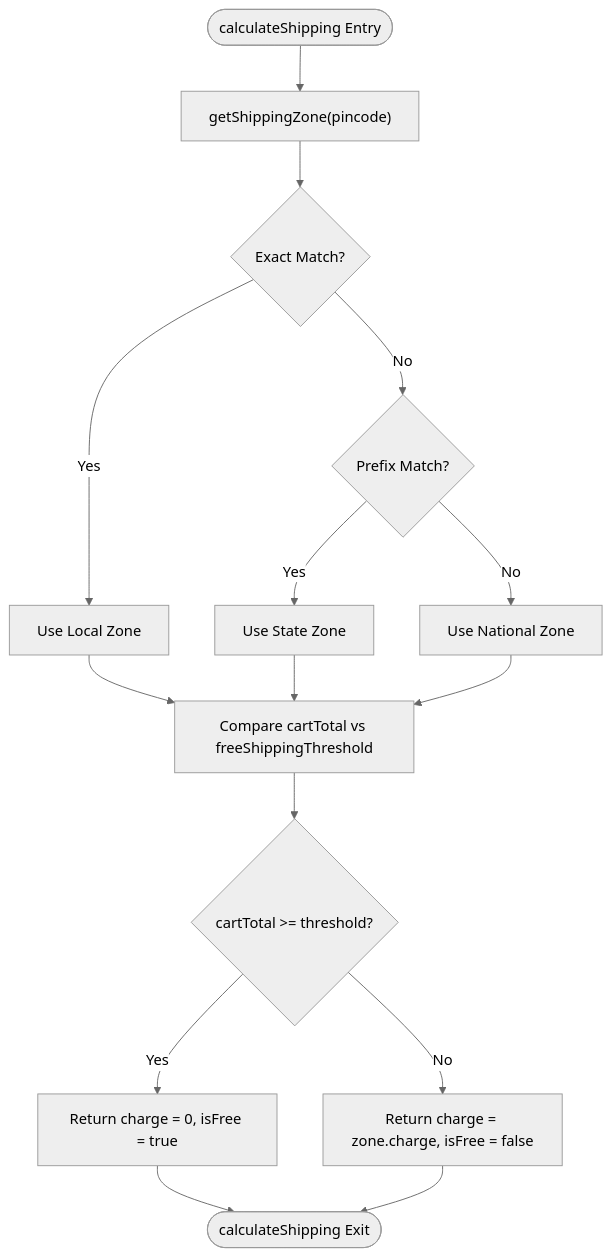
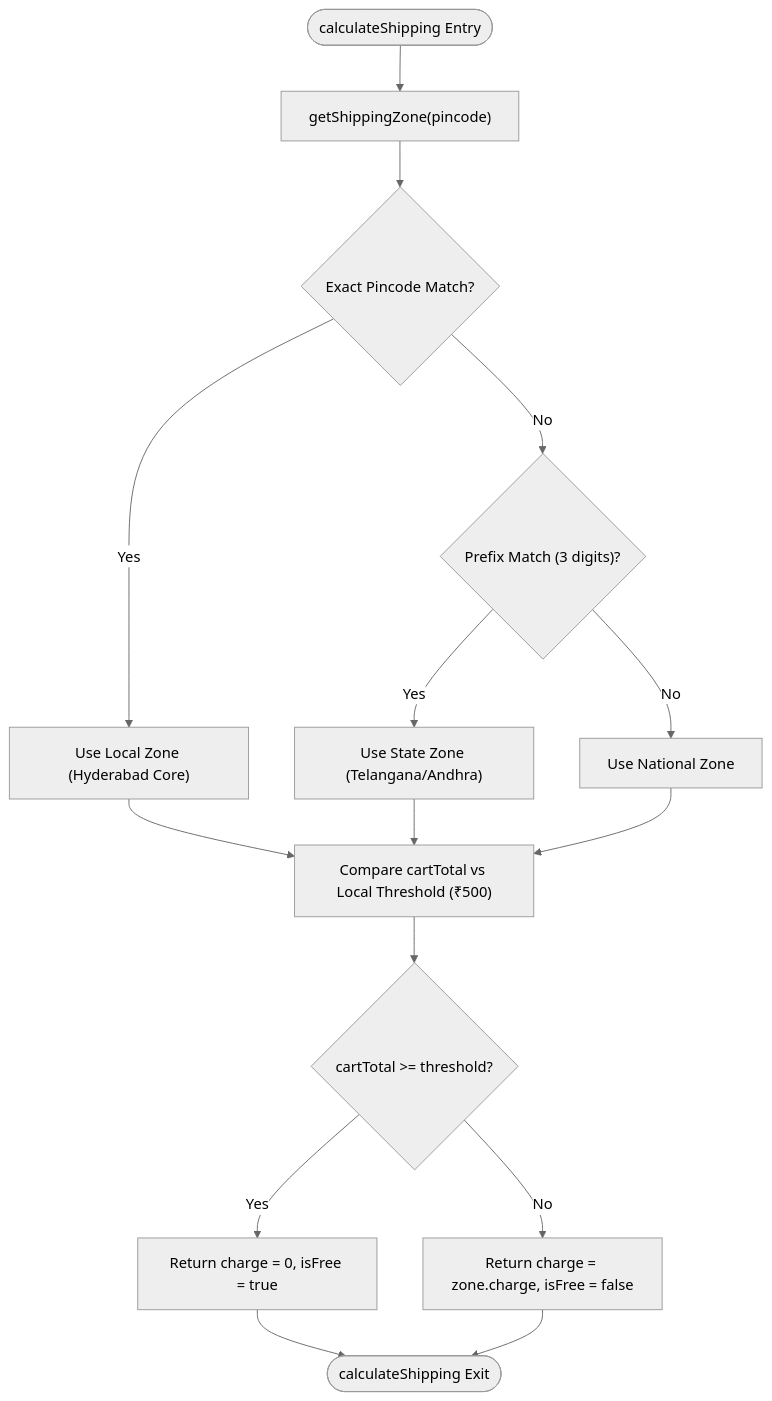
The fourth of 6 diagrams in .qoder/repowiki/en/content/Backend API Documentation/Delivery Management.md (Pavan-PSPK9032/TrendsandToss), drawn with Mermaid (neutral theme) before and after one commit. The commit also changed other lines of this file and 9 other files, not shown here.

````diff
--- a/.qoder/repowiki/en/content/Backend API Documentation/Delivery Management.md
+++ b/.qoder/repowiki/en/content/Backend API Documentation/Delivery Management.md
@@ -220,17 +248,17 @@
 ```mermaid
 flowchart TD
 Start(["calculateShipping Entry"]) --> GetZone["getShippingZone(pincode)"]
-GetZone --> CheckExact{"Exact Match?"}
-CheckExact --> |Yes| UseLocal["Use Local Zone"]
-CheckExact --> |No| CheckPrefix{"Prefix Match?"}
-CheckPrefix --> |Yes| UseState["Use State Zone"]
+GetZone --> CheckExact{"Exact Pincode Match?"}
+CheckExact --> |Yes| UseLocal["Use Local Zone (Hyderabad Core)"]
+CheckExact --> |No| CheckPrefix{"Prefix Match (3 digits)?"}
+CheckPrefix --> |Yes| UseState["Use State Zone (Telangana/Andhra)"]
 CheckPrefix --> |No| UseNational["Use National Zone"]
-UseLocal --> CompareThreshold["Compare cartTotal vs freeShippingThreshold"]
+UseLocal --> CompareThreshold["Compare cartTotal vs Local Threshold (₹500)"]
 UseState --> CompareThreshold
 UseNational --> CompareThreshold
 CompareThreshold --> IsFree{"cartTotal >= threshold?"}
 IsFree --> |Yes| ReturnFree["Return charge = 0, isFree = true"]
 IsFree --> |No| ReturnCharge["Return charge = zone.charge, isFree = false"]
 ReturnFree --> End(["calculateShipping Exit"])
 ReturnCharge --> End
 ```
````
